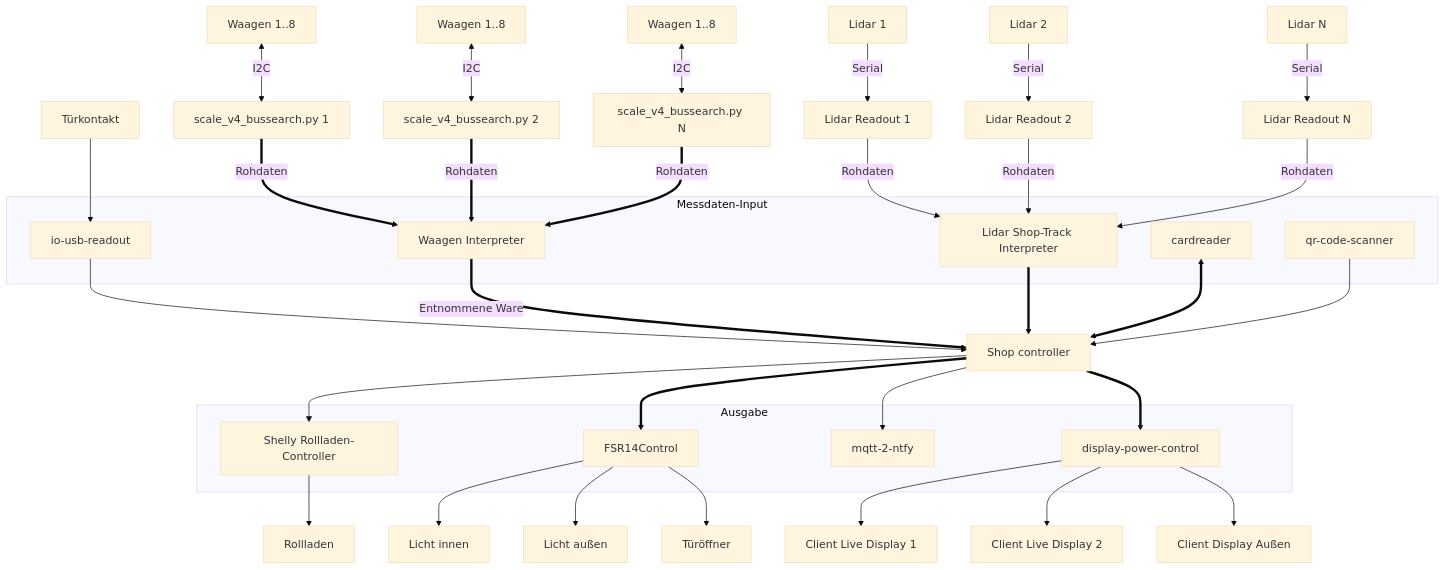
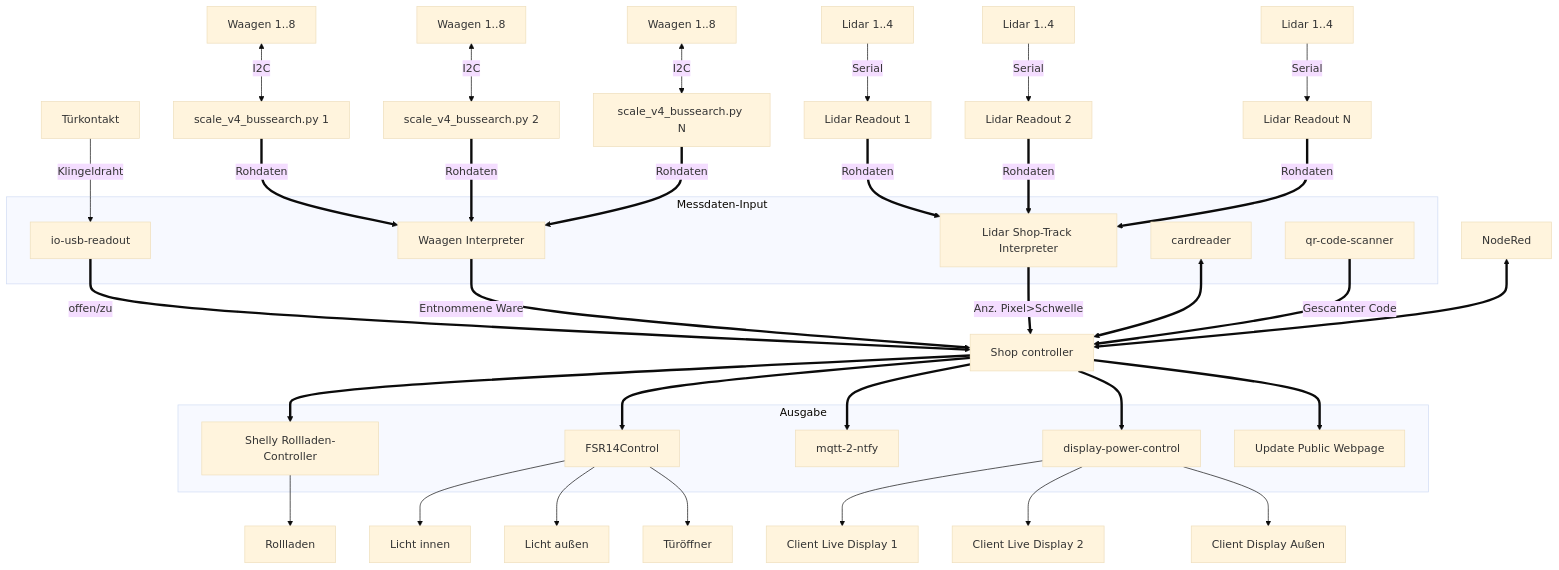
Before and after one commit to pbotte/zeitlos: the diagram in MQTT Overview.md, drawn with Mermaid (base theme). The commit also changed 5 other files, not shown here.

````diff
--- a/MQTT Overview.md
+++ b/MQTT Overview.md
@@ -1,65 +1,71 @@
 ```mermaid
 graph TD
   W1["Waagen 1..8"] <--> |I2C| WC1
   W2["Waagen 1..8"] <--> |I2C| WC2
   W3["Waagen 1..8"] <--> |I2C| WCN
   WC1["scale_v4_bussearch.py 1"] ==> |Rohdaten| WI
   WC2["scale_v4_bussearch.py 2"] ==> |Rohdaten| WI
   WCN["scale_v4_bussearch.py N"] ==> |Rohdaten| WI
 
-  L1["Lidar 1"] --> |Serial| ST1
-  L2["Lidar 2"] --> |Serial| ST2
-  LN["Lidar N"] --> |Serial| STN
+  L1["Lidar 1..4"] --> |Serial| ST1
+  L2["Lidar 1..4"] --> |Serial| ST2
+  LN["Lidar 1..4"] --> |Serial| STN
 
-  ST1["Lidar Readout 1"] --> |Rohdaten| STI
-  ST2["Lidar Readout 2"] --> |Rohdaten| STI
-  STN["Lidar Readout N"] --> |Rohdaten| STI
+  ST1["Lidar Readout 1"] ==> |Rohdaten| STI
+  ST2["Lidar Readout 2"] ==> |Rohdaten| STI
+  STN["Lidar Readout N"] ==> |Rohdaten| STI
 
-  Türkontakt --> IOR
+  Türkontakt --> |Klingeldraht| IOR
 
   SC["Shop controller"]
 
 
 subgraph Messdaten-Input
   WI["Waagen Interpreter"]
   cardreader
   STI["Lidar Shop-Track Interpreter"]
   IOR["io-usb-readout"]
   QCS["qr-code-scanner"]
 end
 
 subgraph Ausgabe
   FSR["FSR14Control"]
   DPC["display-power-control"]
 
   MN["mqtt-2-ntfy"]
 
   Shelly["Shelly Rollladen-Controller"]
+
+  UW["Update Public Webpage"]
 end
 
-  SC --> Shelly --> Rollladen
+  SC ==> Shelly --> Rollladen
  
-  IOR --> SC
+  IOR ==> |offen/zu| SC
 
   DPC --> CD1
   DPC --> CD2
   DPC --> CDA
 
   CD1["Client Live Display 1"]
   CD2["Client Live Display 2"]
   CDA["Client Display Außen"]
 
   FSR --> LI["Licht innen"]
   FSR --> LA["Licht außen"]
   FSR --> Türöffner
 
   WI ==> |Entnommene Ware| SC
-  STI ==> SC
+  STI ==> |Anz. Pixel>Schwelle| SC
   cardreader <==> SC
-  QCS --> SC
+  QCS ==> |Gescannter Code| SC
 
   SC ==> FSR
   SC ==> DPC
 
-  SC --> MN
+  SC ==> MN
+
+  SC ==> UW
+
+  NR["NodeRed"] <==> SC
 ```
````
